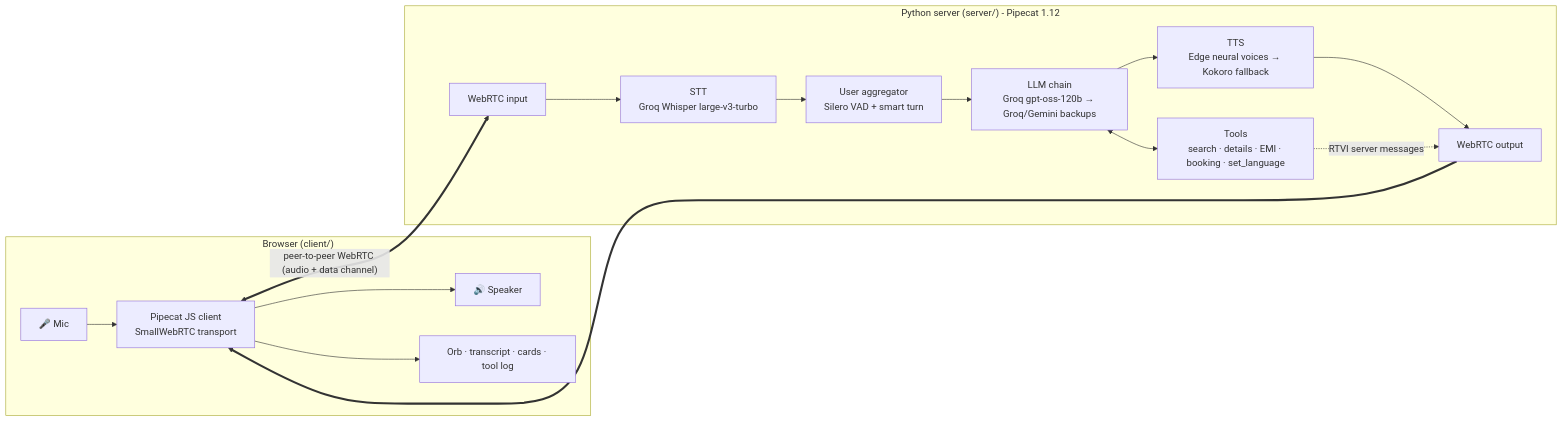
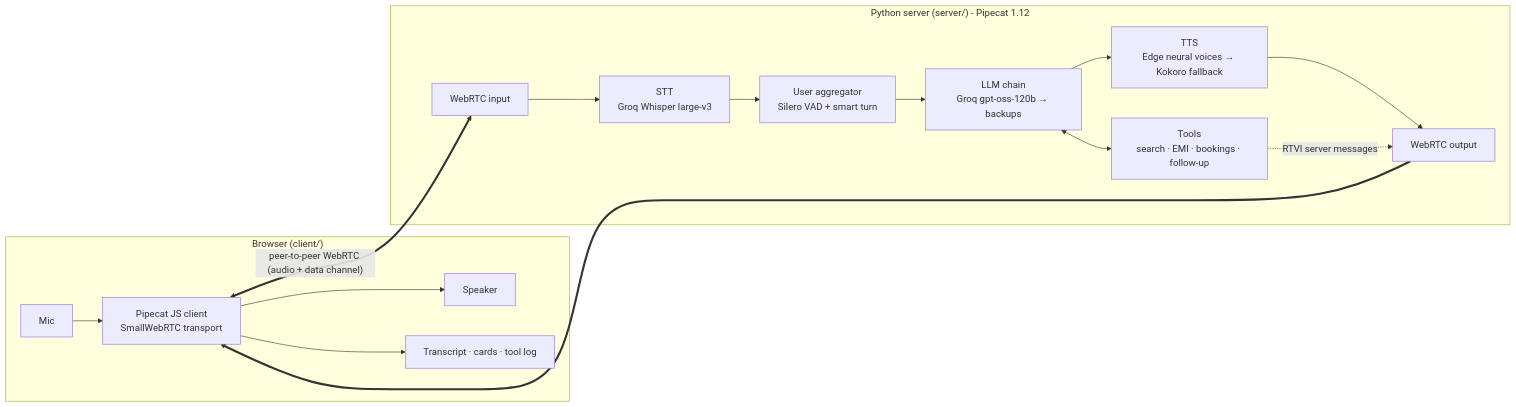
One commit to KaunteyAcharya/voice-ai-agent changed the diagram in README.md. Above: the diagram before and after it, drawn with Mermaid. The commit also changed other lines of this file and 2 other files, not shown here.

````diff
--- a/README.md
+++ b/README.md
@@ -35,21 +28,21 @@
 ```mermaid
 flowchart LR
     subgraph Browser["Browser (client/)"]
-        MIC[🎤 Mic] --> PC[Pipecat JS client<br/>SmallWebRTC transport]
-        PC --> SPK[🔊 Speaker]
-        PC --> UI[Orb · transcript · cards · tool log]
+        MIC[Mic] --> PC[Pipecat JS client<br/>SmallWebRTC transport]
+        PC --> SPK[Speaker]
+        PC --> UI[Transcript · cards · tool log]
     end
 
     subgraph Server["Python server (server/) - Pipecat 1.12"]
-        IN[WebRTC input] --> STT[STT<br/>Groq Whisper large-v3-turbo]
+        IN[WebRTC input] --> STT[STT<br/>Groq Whisper large-v3]
         STT --> AGG[User aggregator<br/>Silero VAD + smart turn]
-        AGG --> LLM[LLM chain<br/>Groq gpt-oss-120b → Groq/Gemini backups]
-        LLM <--> TOOLS[Tools<br/>search · details · EMI · booking · set_language]
+        AGG --> LLM[LLM chain<br/>Groq gpt-oss-120b → backups]
+        LLM <--> TOOLS[Tools<br/>search · EMI · bookings · follow-up]
         LLM --> TTS[TTS<br/>Edge neural voices → Kokoro fallback]
         TTS --> OUT[WebRTC output]
         TOOLS -. RTVI server messages .-> OUT
     end
 
     PC <== "peer-to-peer WebRTC (audio + data channel)" ==> IN
     OUT ==> PC
 ```
````
